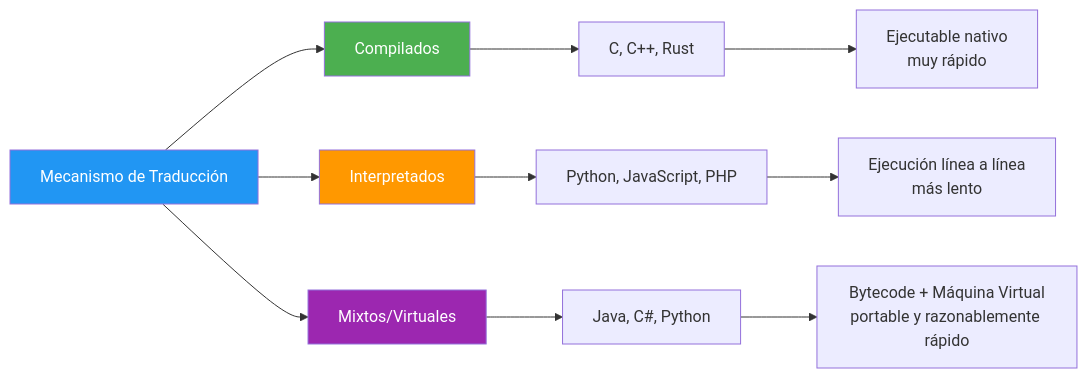
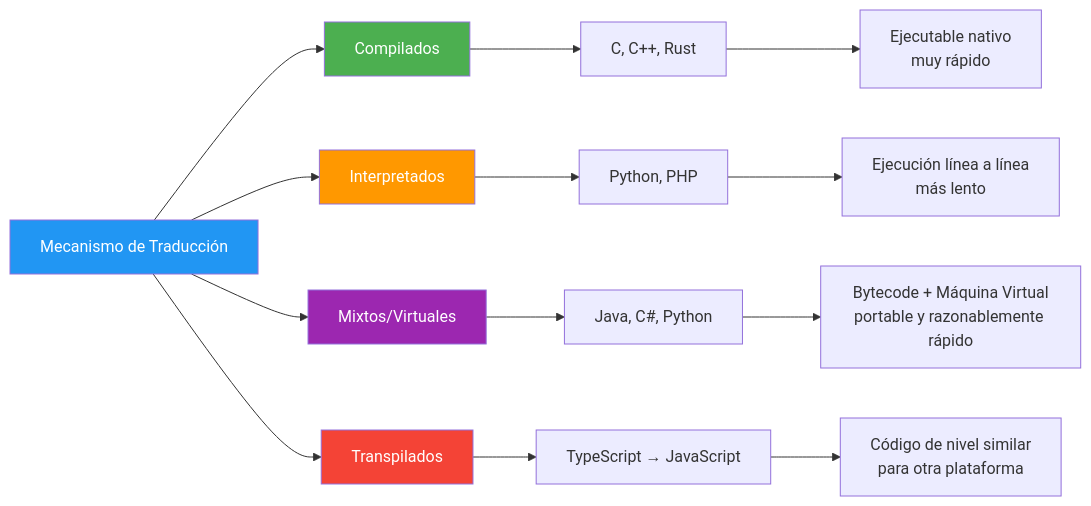
The third of 7 diagrams in 05-lenguajes-programacion.md (joseluisgs/EntornosDesarrollo-01-2026-2027), drawn with Mermaid before and after one commit. The commit also changed other lines of this file and 1 other file, not shown here.

Commit message:
[feat] Añadir transpilación a Puntos 05 y 06 con ejemplo TypeScript

````diff
--- a/05-lenguajes-programacion.md
+++ b/05-lenguajes-programacion.md
@@ -267,20 +268,25 @@
 ```mermaid
 graph LR
     A[Mecanismo de Traducción] --> B[Compilados]
     A --> C[Interpretados]
     A --> D[Mixtos/Virtuales]
+    A --> E[Transpilados]
 
     B --> B1[C, C++, Rust]
     B1 --> B2[Ejecutable nativo<br/>muy rápido]
 
-    C --> C1[Python, JavaScript, PHP]
+    C --> C1[Python, PHP]
     C1 --> C2[Ejecución línea a línea<br/>más lento]
 
     D --> D1[Java, C#, Python]
     D1 --> D2[Bytecode + Máquina Virtual<br/>portable y razonablemente rápido]
 
+    E --> E1[TypeScript → JavaScript]
+    E1 --> E2[Código de nivel similar<br/>para otra plataforma]
+
     style A fill:#2196F3,color:#fff
     style B fill:#4CAF50,color:#fff
     style C fill:#FF9800,color:#fff
     style D fill:#9C27B0,color:#fff
+    style E fill:#f44336,color:#fff
 ```
````
